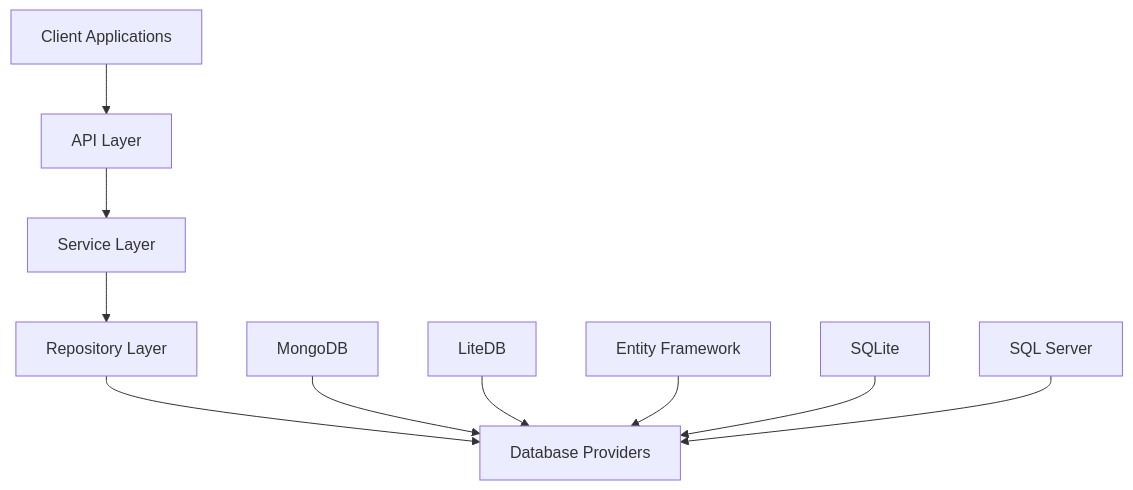
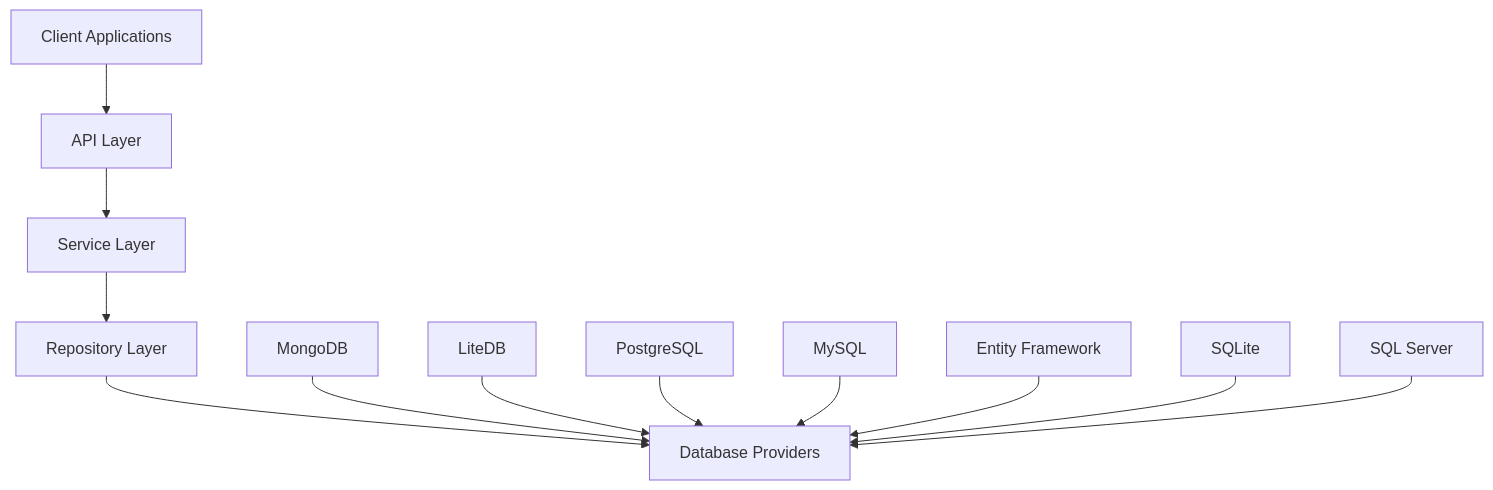
Before and after one commit to pournasserian/FluentCMS: the diagram in README.md, drawn with Mermaid. The commit also changed other lines of this file and 1 other file, not shown here.

````diff
--- a/README.md
+++ b/README.md
@@ -53,13 +55,15 @@
 ```mermaid
 graph TD
     A[Client Applications] --> B[API Layer]
     B --> C[Service Layer]
     C --> D[Repository Layer]
     D --> E[Database Providers]
     
     E1[MongoDB] --> E
     E2[LiteDB] --> E
-    E3[Entity Framework] --> E
-    E4[SQLite] --> E
-    E5[SQL Server] --> E
+    E3[PostgreSQL] --> E
+    E4[MySQL] --> E
+    E5[Entity Framework] --> E
+    E6[SQLite] --> E
+    E7[SQL Server] --> E
 ```
````
